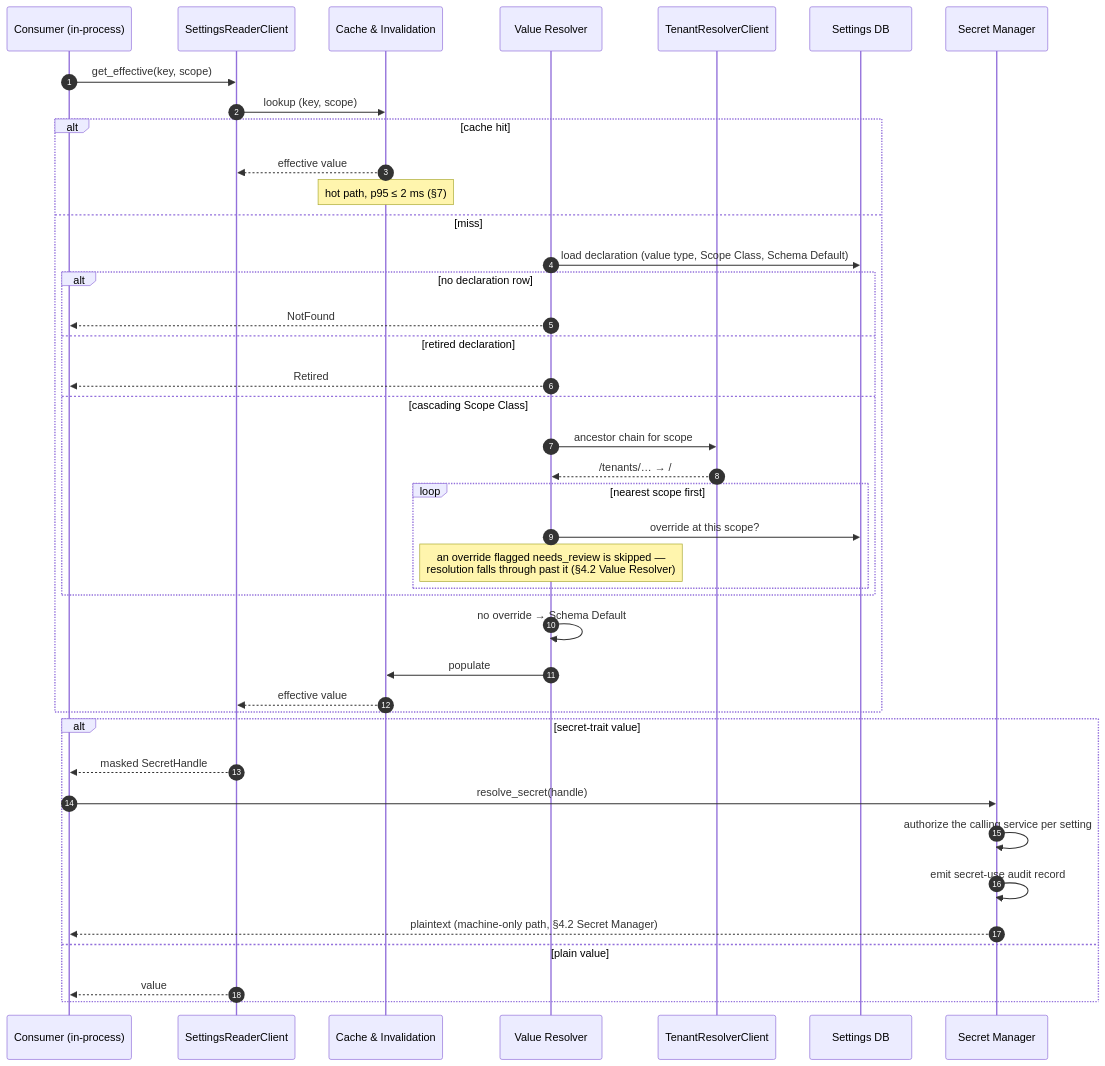
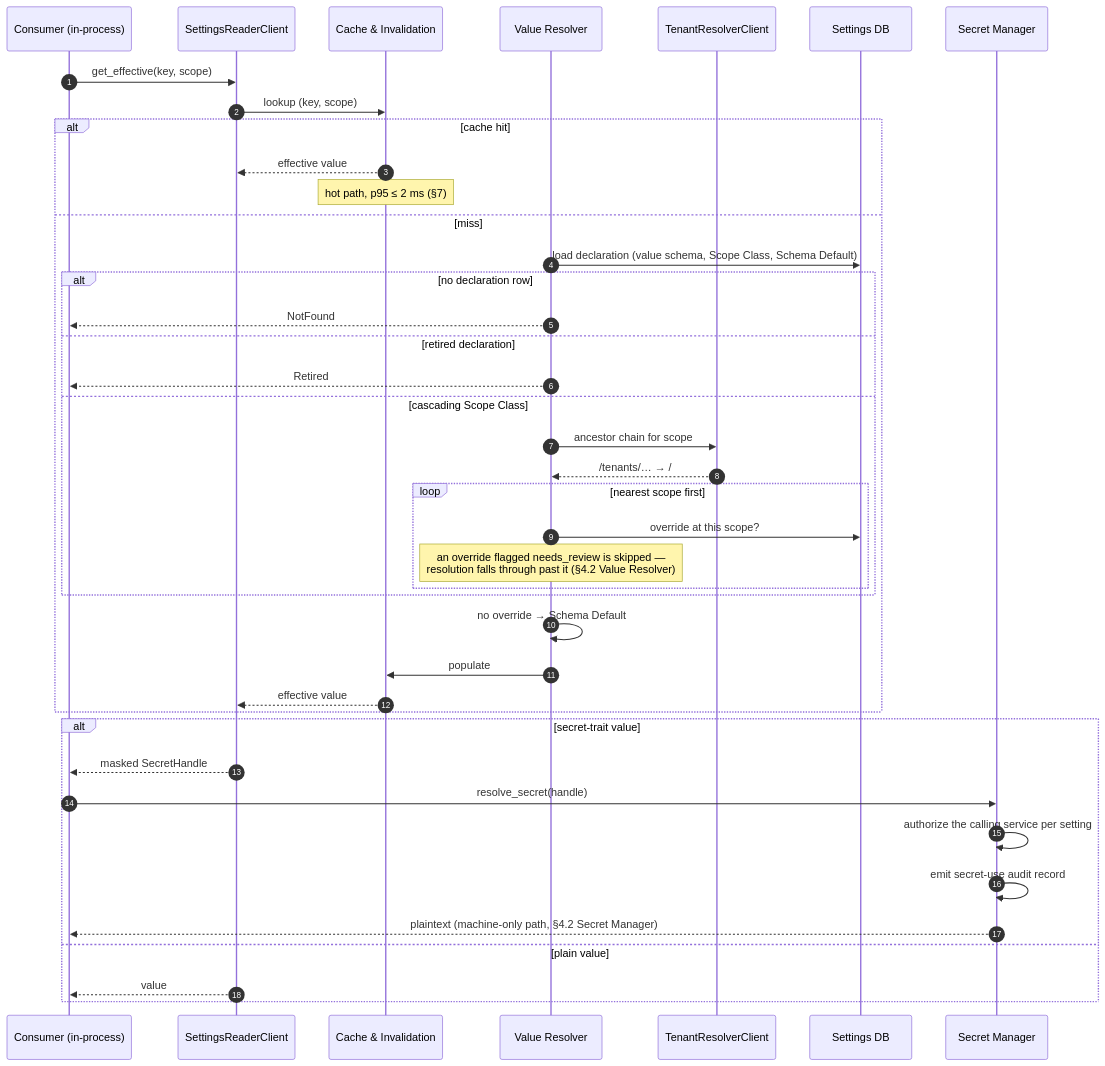
One commit to constructorfabric/cyberware-rust changed the sixth of 7 diagrams in gears/settings-service/docs/DESIGN.md. Above: the diagram before and after it, drawn with Mermaid. The commit also changed other lines of this file, not shown here.

First line of the commit message:
docs(settings-service): carry the value shape in the setting's own type

````diff
--- a/gears/settings-service/docs/DESIGN.md
+++ b/gears/settings-service/docs/DESIGN.md
@@ -1554,44 +1556,44 @@
 ```mermaid
 sequenceDiagram
  autonumber
  participant C as Consumer (in-process)
  participant R as SettingsReaderClient
  participant Cache as Cache & Invalidation
  participant VR as Value Resolver
  participant TR as TenantResolverClient
  participant DB as Settings DB
  participant SecM as Secret Manager
 
  C->>R: get_effective(key, scope)
  R->>Cache: lookup (key, scope)
  alt cache hit
   Cache-->>R: effective value
   Note over Cache: hot path, p95 ≤ 2 ms (§7)
  else miss
-  VR->>DB: load declaration (value type, Scope Class, Schema Default)
+  VR->>DB: load declaration (value schema, Scope Class, Schema Default)
   alt no declaration row
    VR-->>C: NotFound
   else retired declaration
    VR-->>C: Retired
   else cascading Scope Class
    VR->>TR: ancestor chain for scope
    TR-->>VR: /tenants/… → /
    loop nearest scope first
     VR->>DB: override at this scope?
     Note over VR: an override flagged needs_review is skipped —<br/>resolution falls through past it (§4.2 Value Resolver)
    end
   end
   VR->>VR: no override → Schema Default
   VR->>Cache: populate
   Cache-->>R: effective value
  end
  alt secret-trait value
   R-->>C: masked SecretHandle
   C->>SecM: resolve_secret(handle)
   SecM->>SecM: authorize the calling service per setting
   SecM->>SecM: emit secret-use audit record
   SecM-->>C: plaintext (machine-only path, §4.2 Secret Manager)
  else plain value
   R-->>C: value
  end
 ```
````
